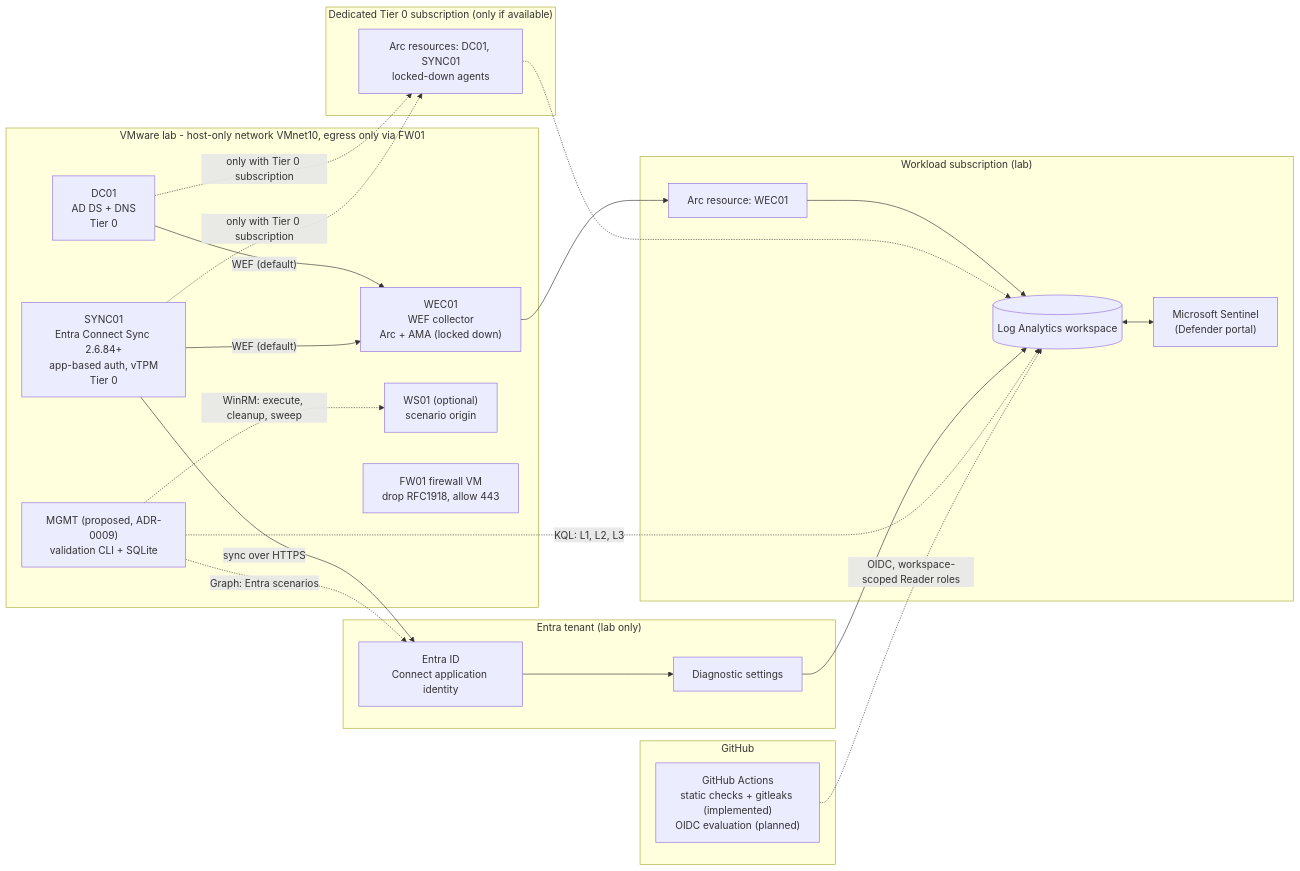
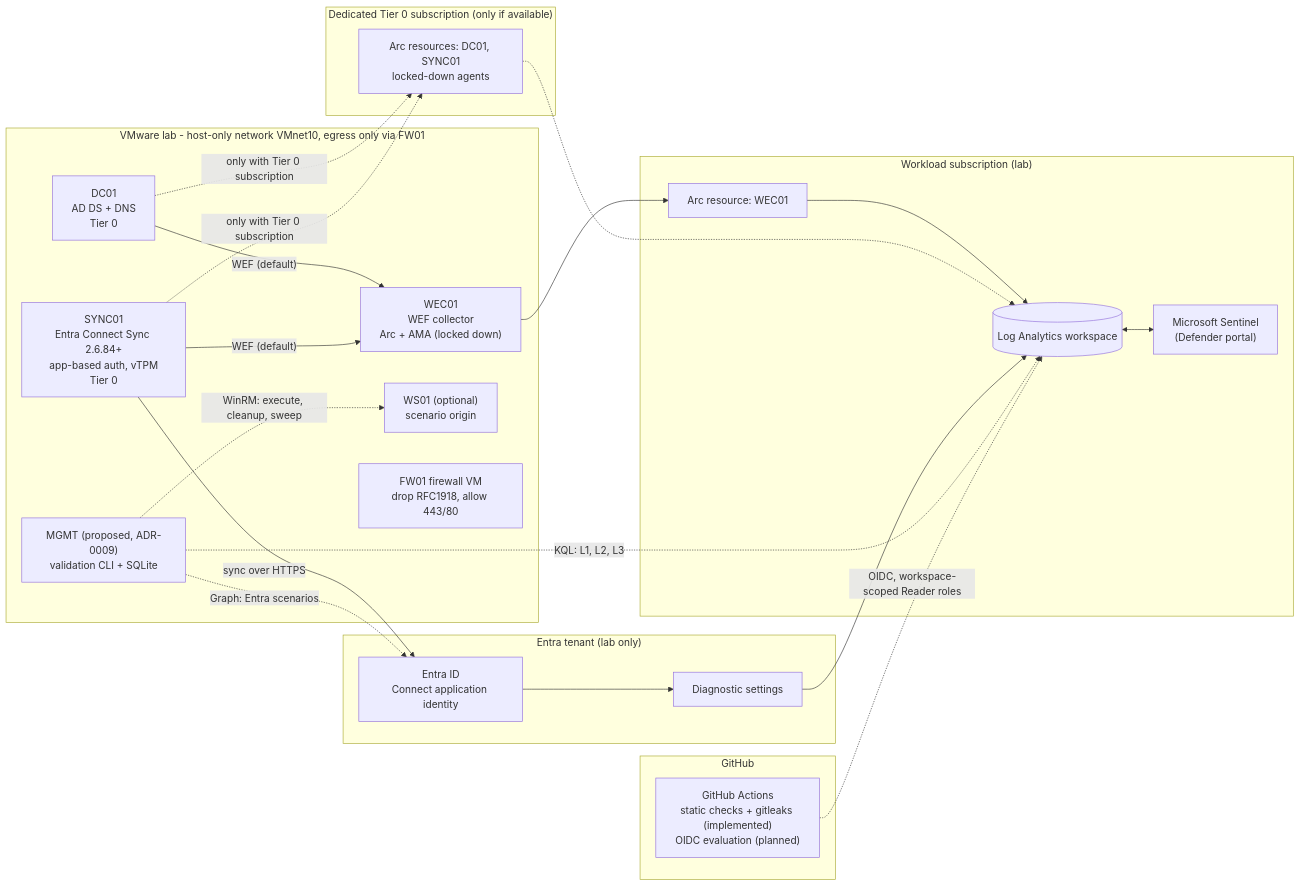
The diagram in docs/architecture.md (HamzaYazidi27/hybrid-detection-validation), drawn with Mermaid before and after one commit. The commit also changed other lines of this file and 6 other files, not shown here.

````diff
--- a/docs/architecture.md
+++ b/docs/architecture.md
@@ -44,45 +44,45 @@
 ```mermaid
 flowchart LR
     subgraph LAB["VMware lab - host-only network VMnet10, egress only via FW01"]
         DC01["DC01<br/>AD DS + DNS<br/>Tier 0"]
         SYNC01["SYNC01<br/>Entra Connect Sync 2.6.84+<br/>app-based auth, vTPM<br/>Tier 0"]
         WEC01["WEC01<br/>WEF collector<br/>Arc + AMA (locked down)"]
         WS01["WS01 (optional)<br/>scenario origin"]
         MGMT["MGMT (proposed, ADR-0009)<br/>validation CLI + SQLite"]
-        FW01["FW01 firewall VM<br/>drop RFC1918, allow 443"]
+        FW01["FW01 firewall VM<br/>drop RFC1918, allow 443/80"]
     end
 
     subgraph ENTRA["Entra tenant (lab only)"]
         EID["Entra ID<br/>Connect application identity"]
         EDIAG["Diagnostic settings"]
     end
 
     subgraph WORKLOAD["Workload subscription (lab)"]
         LAW[("Log Analytics workspace")]
         SENT["Microsoft Sentinel<br/>(Defender portal)"]
         ARCW["Arc resource: WEC01"]
     end
 
     subgraph T0SUB["Dedicated Tier 0 subscription (only if available)"]
         ARCT0["Arc resources: DC01, SYNC01<br/>locked-down agents"]
     end
 
     subgraph GH["GitHub"]
         CI["GitHub Actions<br/>static checks + gitleaks (implemented)<br/>OIDC evaluation (planned)"]
     end
 
     DC01 -->|"WEF (default)"| WEC01
     SYNC01 -->|"WEF (default)"| WEC01
     WEC01 --> ARCW --> LAW
     DC01 -.->|"only with Tier 0 subscription"| ARCT0
     SYNC01 -.->|"only with Tier 0 subscription"| ARCT0
     ARCT0 -.-> LAW
     SYNC01 -->|"sync over HTTPS"| EID
     EID --> EDIAG --> LAW
     LAW <--> SENT
 
     MGMT -.->|"WinRM: execute, cleanup, sweep"| WS01
     MGMT -.->|"Graph: Entra scenarios"| EID
     MGMT -.->|"KQL: L1, L2, L3"| LAW
     CI -.->|"OIDC, workspace-scoped Reader roles"| LAW
 ```
````
